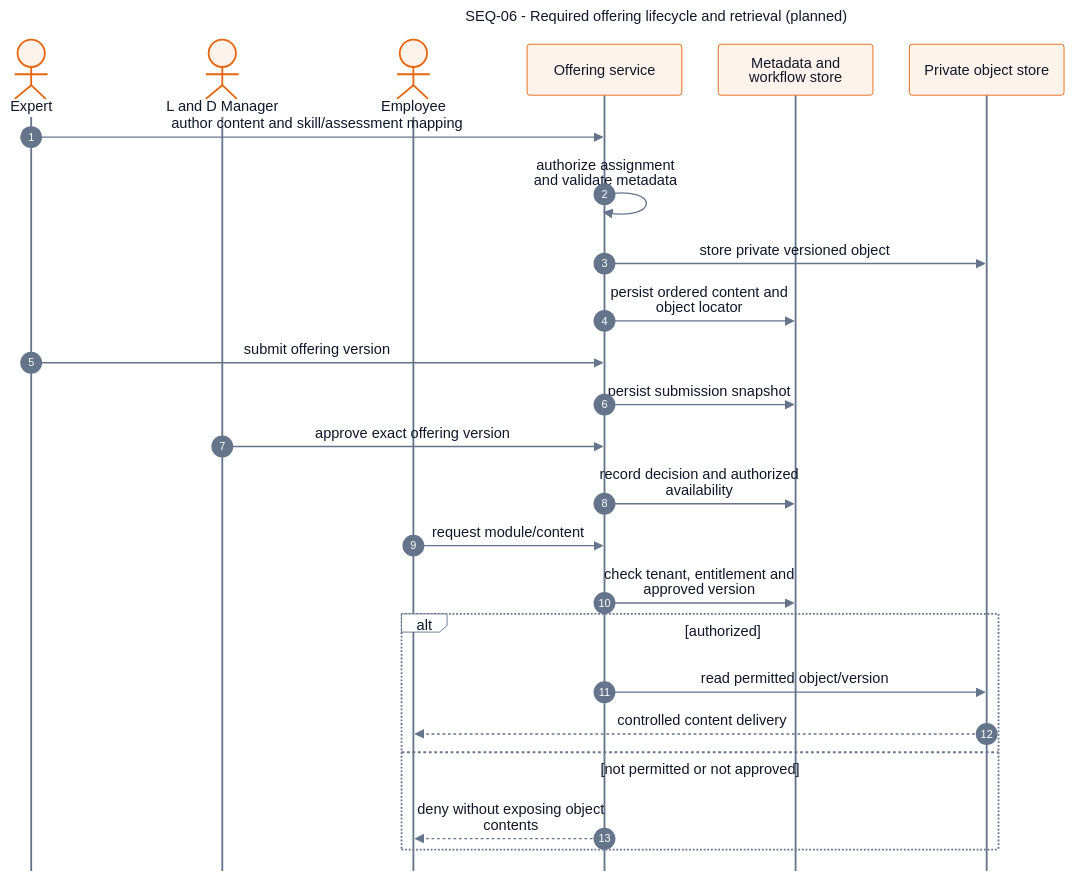
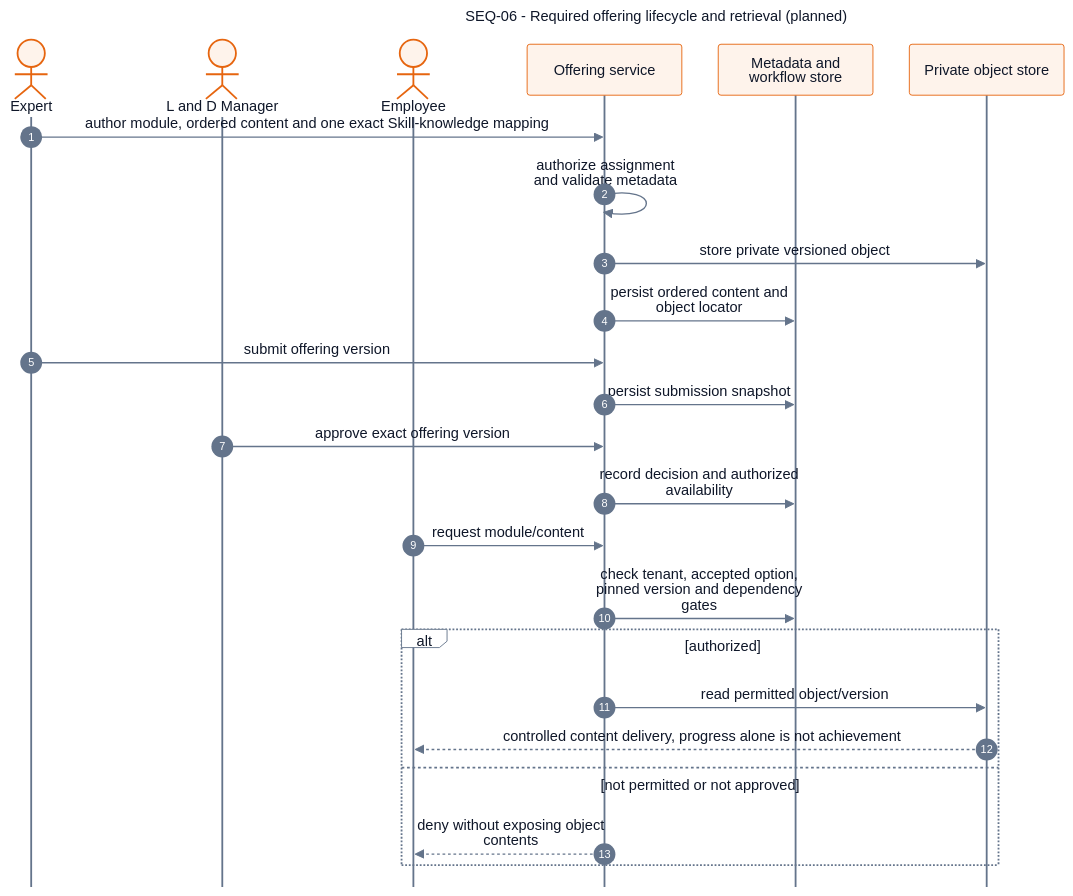
The diagram in documents/diagrams/mermaid/seq-06.mmd (SEP490-Fall-2026-GFA26SE64/SEP490), drawn with Mermaid before and after one commit. The commit also changed 966 other files, not shown here.

```diff
--- a/documents/diagrams/mermaid/seq-06.mmd
+++ b/documents/diagrams/mermaid/seq-06.mmd
@@ -1,28 +1,29 @@
 ---
 title: "SEQ-06 - Required offering lifecycle and retrieval (planned)"
 config: {"theme":"base","fontFamily":"Segoe UI, Arial, sans-serif","themeVariables":{"fontFamily":"Segoe UI, Arial, sans-serif","fontSize":"16px","primaryColor":"#ffffff","primaryTextColor":"#0f1729","primaryBorderColor":"#64748b","secondaryColor":"#fef3eb","tertiaryColor":"#ffffff","lineColor":"#64748b","textColor":"#0f1729","mainBkg":"#ffffff","background":"#ffffff","clusterBkg":"#ffffff","clusterBorder":"#64748b","edgeLabelBackground":"#ffffff","titleColor":"#0f1729","noteBkgColor":"#fef3eb","noteTextColor":"#0f1729","noteBorderColor":"#e6650f","actorBkg":"#fef3eb","actorBorder":"#e6650f","actorTextColor":"#0f1729","actorLineColor":"#64748b","signalColor":"#64748b","signalTextColor":"#0f1729","labelBoxBkgColor":"#ffffff","labelBoxBorderColor":"#64748b","labelTextColor":"#0f1729","loopTextColor":"#0f1729","activationBkgColor":"#fef3eb","activationBorderColor":"#e6650f","sequenceNumberColor":"#ffffff","secondaryBorderColor":"#64748b","tertiaryBorderColor":"#64748b","secondaryTextColor":"#0f1729","tertiaryTextColor":"#0f1729"},"sequence":{"actorMargin":40,"width":170,"height":56,"diagramMarginX":24,"diagramMarginY":24,"boxMargin":12,"boxTextMargin":8,"noteMargin":16,"messageMargin":38,"mirrorActors":false,"wrap":true,"wrapPadding":12,"actorFontSize":15,"messageFontSize":14,"noteFontSize":14,"actorFontFamily":"Segoe UI, Arial, sans-serif","messageFontFamily":"Segoe UI, Arial, sans-serif","noteFontFamily":"Segoe UI, Arial, sans-serif"},"themeCSS":".actor-line { stroke-width: 1px; }"}
 ---
+
 sequenceDiagram
   autonumber
   actor SDD_SEQ_06_Expert as Expert
   actor SDD_SEQ_06_LD as L and D Manager
   actor SDD_SEQ_06_Employee as Employee
   participant SDD_SEQ_06_Service as Offering service
   participant SDD_SEQ_06_DB as Metadata and workflow store
   participant SDD_SEQ_06_Store as Private object store
-  SDD_SEQ_06_Expert->>SDD_SEQ_06_Service: author content and skill/assessment mapping
+  SDD_SEQ_06_Expert->>SDD_SEQ_06_Service: author module, ordered content and one exact Skill-knowledge mapping
   SDD_SEQ_06_Service->>SDD_SEQ_06_Service: authorize assignment and validate metadata
   SDD_SEQ_06_Service->>SDD_SEQ_06_Store: store private versioned object
   SDD_SEQ_06_Service->>SDD_SEQ_06_DB: persist ordered content and object locator
   SDD_SEQ_06_Expert->>SDD_SEQ_06_Service: submit offering version
   SDD_SEQ_06_Service->>SDD_SEQ_06_DB: persist submission snapshot
   SDD_SEQ_06_LD->>SDD_SEQ_06_Service: approve exact offering version
   SDD_SEQ_06_Service->>SDD_SEQ_06_DB: record decision and authorized availability
   SDD_SEQ_06_Employee->>SDD_SEQ_06_Service: request module/content
-  SDD_SEQ_06_Service->>SDD_SEQ_06_DB: check tenant, entitlement and approved version
+  SDD_SEQ_06_Service->>SDD_SEQ_06_DB: check tenant, accepted option, pinned version and dependency gates
   alt authorized
   SDD_SEQ_06_Service->>SDD_SEQ_06_Store: read permitted object/version
-  SDD_SEQ_06_Store-->>SDD_SEQ_06_Employee: controlled content delivery
+  SDD_SEQ_06_Store-->>SDD_SEQ_06_Employee: controlled content delivery, progress alone is not achievement
   else not permitted or not approved
   SDD_SEQ_06_Service-->>SDD_SEQ_06_Employee: deny without exposing object contents
   end
```
